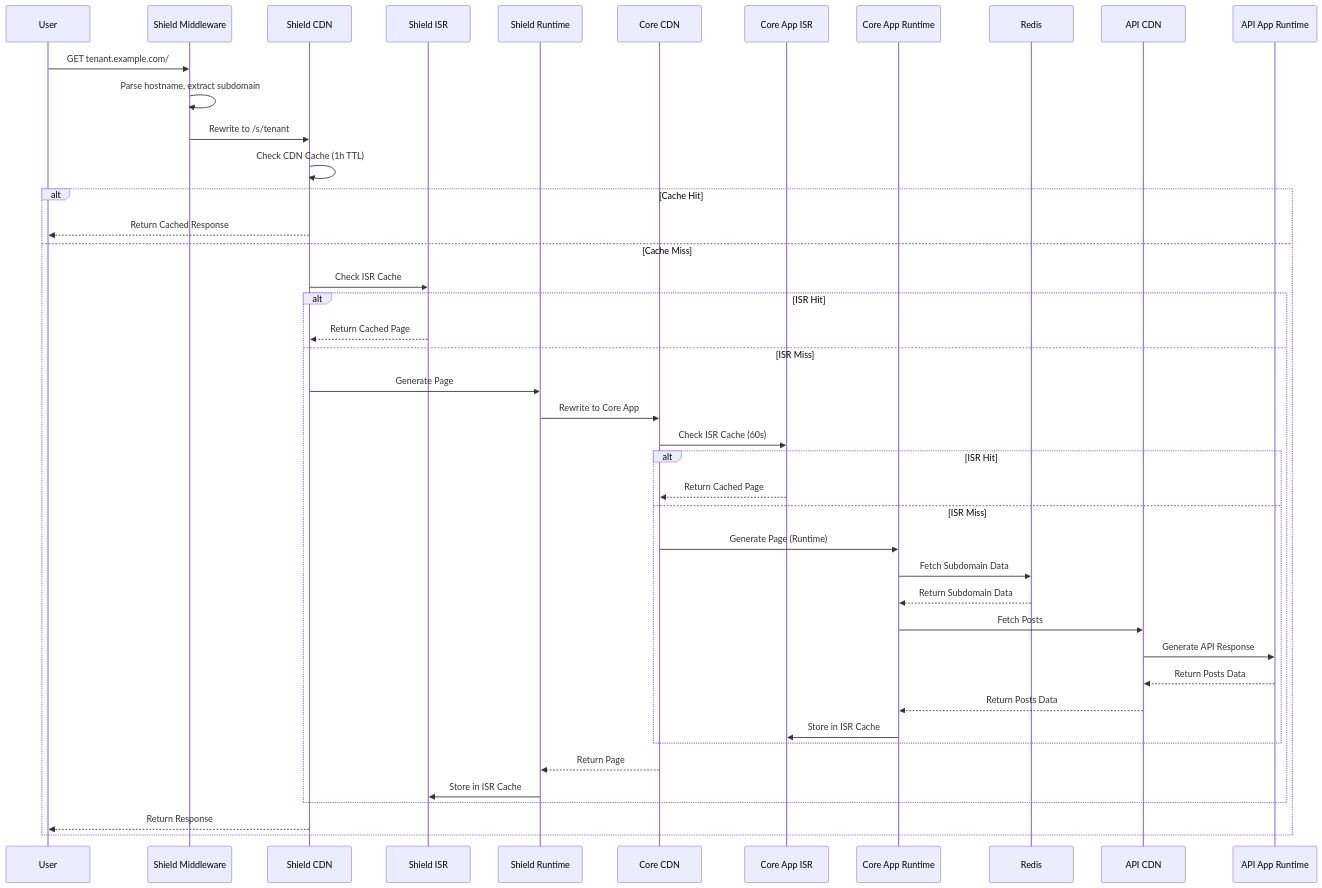
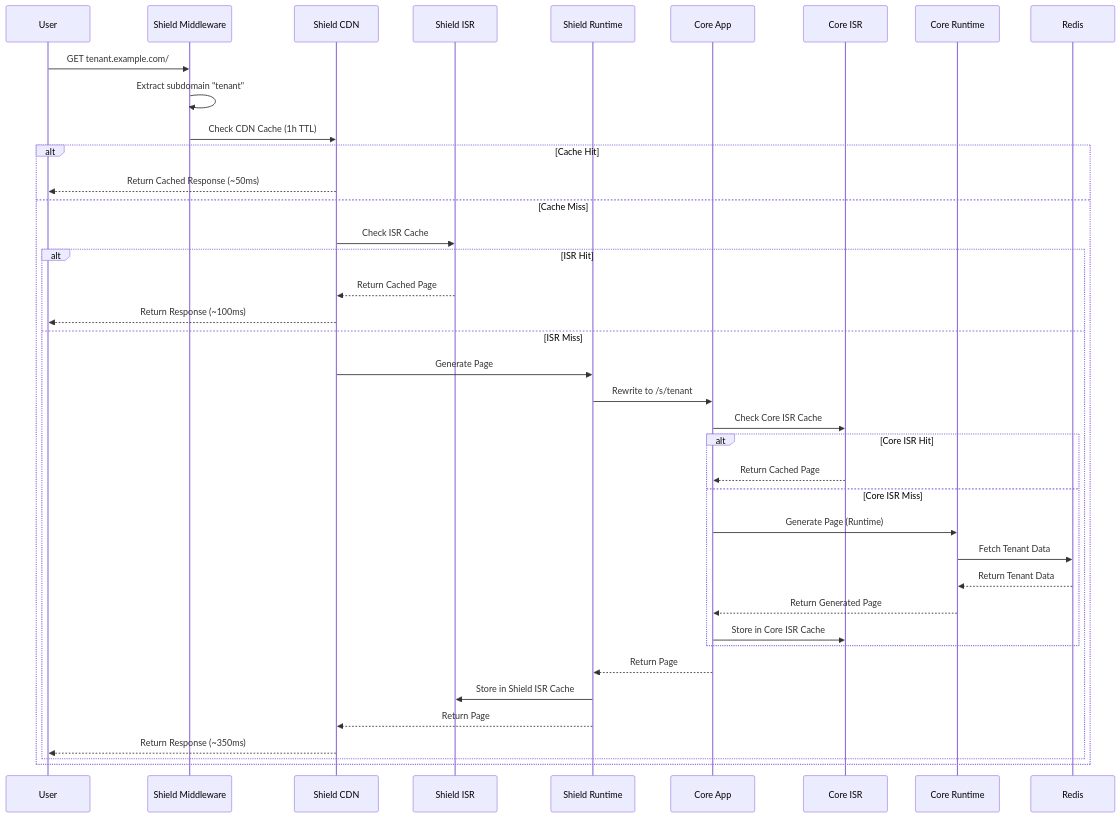
One commit to vercel-labs/isr-platform-shield changed the third of 6 diagrams in docs/ARCHITECTURE.md. Above: the diagram before and after it, drawn with Mermaid. The commit also changed other lines of this file and 1 other file, not shown here.

````diff
--- a/docs/ARCHITECTURE.md
+++ b/docs/ARCHITECTURE.md
@@ -55,46 +165,43 @@
 ```mermaid
 sequenceDiagram
     participant U as User
-    participant VCL_MW as Shield Middleware
-    participant VCL as Shield CDN
-    participant VCL_ISR as Shield ISR
-    participant VCL_RT as Shield Runtime
-    participant VCA as Core CDN
-    participant VCA_ISR as Core App ISR
-    participant VCA_RT as Core App Runtime
+    participant MW as Shield Middleware
+    participant CDN as Shield CDN
+    participant ISR as Shield ISR
+    participant RT as Shield Runtime
+    participant CORE as Core App
+    participant CORE_ISR as Core ISR
+    participant CORE_RT as Core Runtime
     participant R as Redis
-    participant VAPI as API CDN
-    participant VAPI_RT as API App Runtime
 
-    U->>VCL_MW: GET tenant.example.com/
-    VCL_MW->>VCL_MW: Parse hostname, extract subdomain
-    VCL_MW->>VCL: Rewrite to /s/tenant
-    VCL->>VCL: Check CDN Cache (1h TTL)
+    U->>MW: GET tenant.example.com/
+    MW->>MW: Extract subdomain "tenant"
+    MW->>CDN: Check CDN Cache (1h TTL)
+
     alt Cache Hit
-        VCL-->>U: Return Cached Response
+        CDN-->>U: Return Cached Response (~50ms)
     else Cache Miss
-        VCL->>VCL_ISR: Check ISR Cache
+        CDN->>ISR: Check ISR Cache
         alt ISR Hit
-            VCL_ISR-->>VCL: Return Cached Page
+            ISR-->>CDN: Return Cached Page
+            CDN-->>U: Return Response (~100ms)
         else ISR Miss
-            VCL->>VCL_RT: Generate Page
-            VCL_RT->>VCA: Rewrite to Core App
-            VCA->>VCA_ISR: Check ISR Cache (60s)
-            alt ISR Hit
-                VCA_ISR-->>VCA: Return Cached Page
-            else ISR Miss
-                VCA->>VCA_RT: Generate Page (Runtime)
-                VCA_RT->>R: Fetch Subdomain Data
-                R-->>VCA_RT: Return Subdomain Data
-                VCA_RT->>VAPI: Fetch Posts
-                VAPI->>VAPI_RT: Generate API Response
-                VAPI_RT-->>VAPI: Return Posts Data
-                VAPI-->>VCA_RT: Return Posts Data
-                VCA_RT->>VCA_ISR: Store in ISR Cache
+            CDN->>RT: Generate Page
+            RT->>CORE: Rewrite to /s/tenant
+            CORE->>CORE_ISR: Check Core ISR Cache
+            alt Core ISR Hit
+                CORE_ISR-->>CORE: Return Cached Page
+            else Core ISR Miss
+                CORE->>CORE_RT: Generate Page (Runtime)
+                CORE_RT->>R: Fetch Tenant Data
+                R-->>CORE_RT: Return Tenant Data
+                CORE_RT-->>CORE: Return Generated Page
+                CORE->>CORE_ISR: Store in Core ISR Cache
             end
-            VCA-->>VCL_RT: Return Page
-            VCL_RT->>VCL_ISR: Store in ISR Cache
+            CORE-->>RT: Return Page
+            RT->>ISR: Store in Shield ISR Cache
+            RT-->>CDN: Return Page
+            CDN-->>U: Return Response (~350ms)
         end
-        VCL-->>U: Return Response
     end
 ```
````
